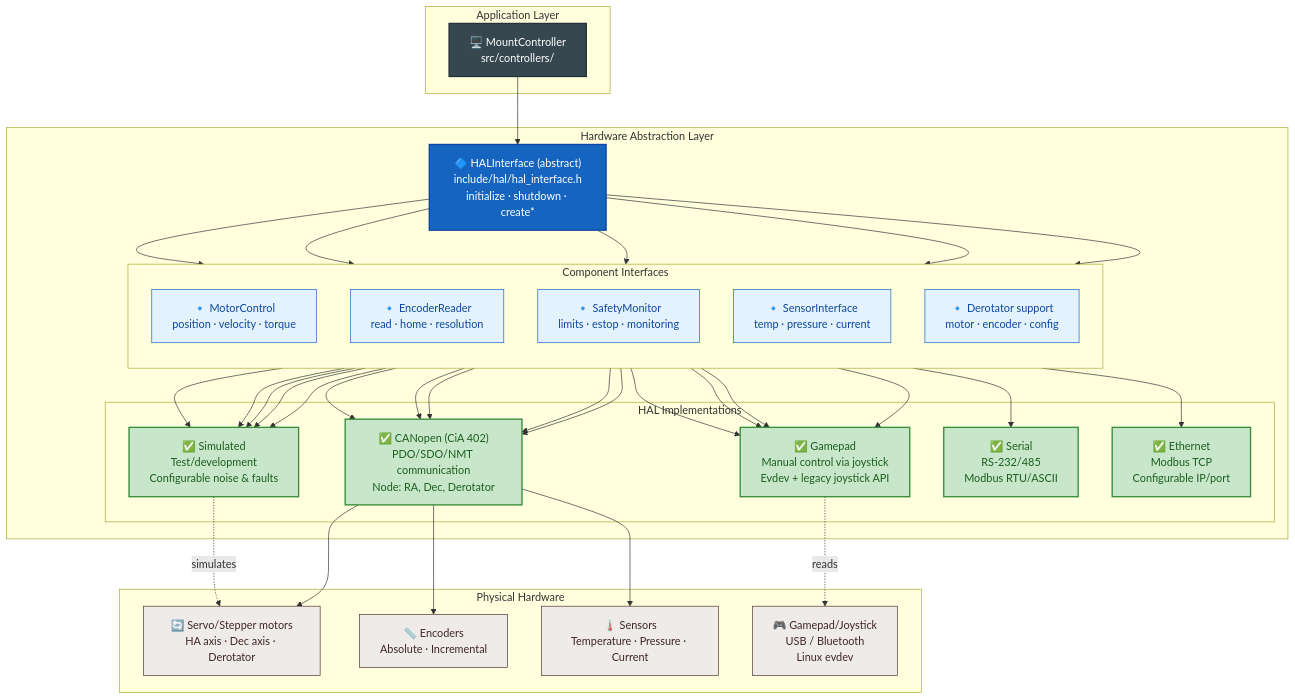
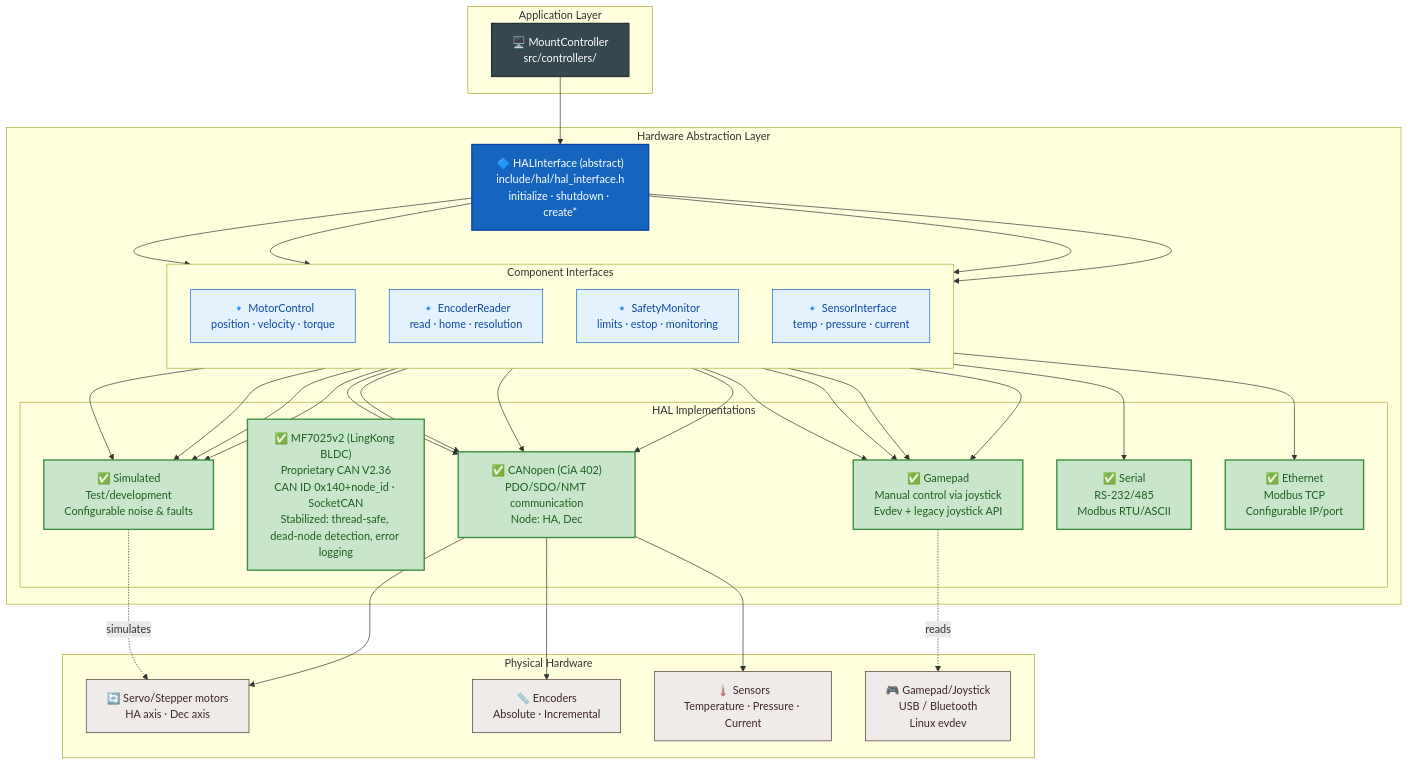
One commit to pielaszkiewicz-jacek/astro_mount_control changed the first of 4 diagrams in docs/en/hal_layer.md. Above: the diagram before and after it, drawn with Mermaid. The commit also changed other lines of this file and 94 other files, not shown here.

````diff
--- a/docs/en/hal_layer.md
+++ b/docs/en/hal_layer.md
@@ -9,59 +9,57 @@
 ```mermaid
 flowchart TB
     %% Styles
     classDef controller fill:#37474f,stroke:#263238,color:#ffffff,stroke-width:2px
     classDef interface fill:#1565c0,stroke:#0d47a1,color:#ffffff,stroke-width:2px
     classDef component fill:#e3f2fd,stroke:#1565c0,stroke-width:1px,color:#0d47a1
     classDef impl fill:#e8f5e9,stroke:#388e3c,stroke-width:2px,color:#1b5e20
     classDef done fill:#c8e6c9,stroke:#388e3c,stroke-width:2px,color:#1b5e20
     classDef planned fill:#fff9c4,stroke:#fbc02d,stroke-width:2px,color:#f57f17
     classDef hw fill:#efebe9,stroke:#4e342e,stroke-width:1px,color:#3e2723
 
     subgraph APP["Application Layer"]
         MC["🖥️ MountController<br/>src/controllers/"]:::controller
     end
 
     subgraph HAL["Hardware Abstraction Layer"]
         HAL_IF["🔷 HALInterface (abstract)<br/>include/hal/hal_interface.h<br/>initialize · shutdown · create*"]:::interface
 
         subgraph COMP["Component Interfaces"]
             direction TB
             MOTOR["🔹 MotorControl<br/>position · velocity · torque"]:::component
             ENC["🔹 EncoderReader<br/>read · home · resolution"]:::component
             SAFE["🔹 SafetyMonitor<br/>limits · estop · monitoring"]:::component
             SENS["🔹 SensorInterface<br/>temp · pressure · current"]:::component
-            DEROT_IF["🔹 Derotator support<br/>motor · encoder · config"]:::component
         end
 
         subgraph IMPL["HAL Implementations"]
-            CAN_IMPL["✅ CANopen (CiA 402)<br/>PDO/SDO/NMT communication<br/>Node: RA, Dec, Derotator"]:::done
+            CAN_IMPL["✅ CANopen (CiA 402)<br/>PDO/SDO/NMT communication<br/>Node: HA, Dec"]:::done
+            MF_IMPL["✅ MF7025v2 (LingKong BLDC)<br/>Proprietary CAN V2.36<br/>CAN ID 0x140+node_id · SocketCAN<br/>Stabilized: thread-safe, dead-node detection, error logging"]:::done
             SIM_IMPL["✅ Simulated<br/>Test/development<br/>Configurable noise & faults"]:::done
             GAM_IMPL["✅ Gamepad<br/>Manual control via joystick<br/>Evdev + legacy joystick API"]:::done
             SER_IMPL["✅ Serial<br/>RS-232/485<br/>Modbus RTU/ASCII"]:::done
             ETH_IMPL["✅ Ethernet<br/>Modbus TCP<br/>Configurable IP/port"]:::done
         end
 
         HAL_IF --> MOTOR
         HAL_IF --> ENC
         HAL_IF --> SAFE
         HAL_IF --> SENS
-        HAL_IF --> DEROT_IF
         MOTOR --> CAN_IMPL & SIM_IMPL & GAM_IMPL & SER_IMPL & ETH_IMPL
         ENC --> CAN_IMPL & SIM_IMPL & GAM_IMPL
         SAFE --> CAN_IMPL & SIM_IMPL & GAM_IMPL
         SENS --> CAN_IMPL & SIM_IMPL & GAM_IMPL
-        DEROT_IF --> CAN_IMPL & SIM_IMPL
     end
 
     subgraph HW["Physical Hardware"]
-        MOT_HW["🔄 Servo/Stepper motors<br/>HA axis · Dec axis · Derotator"]:::hw
+        MOT_HW["🔄 Servo/Stepper motors<br/>HA axis · Dec axis"]:::hw
         ENC_HW["📏 Encoders<br/>Absolute · Incremental"]:::hw
         SENS_HW["🌡️ Sensors<br/>Temperature · Pressure · Current"]:::hw
         GAM_HW["🎮 Gamepad/Joystick<br/>USB / Bluetooth<br/>Linux evdev"]:::hw
     end
 
     MC --> HAL_IF
     CAN_IMPL --> MOT_HW & ENC_HW & SENS_HW
     SIM_IMPL -.->|simulates| MOT_HW
     GAM_IMPL -.->|reads| GAM_HW
 ```
````
